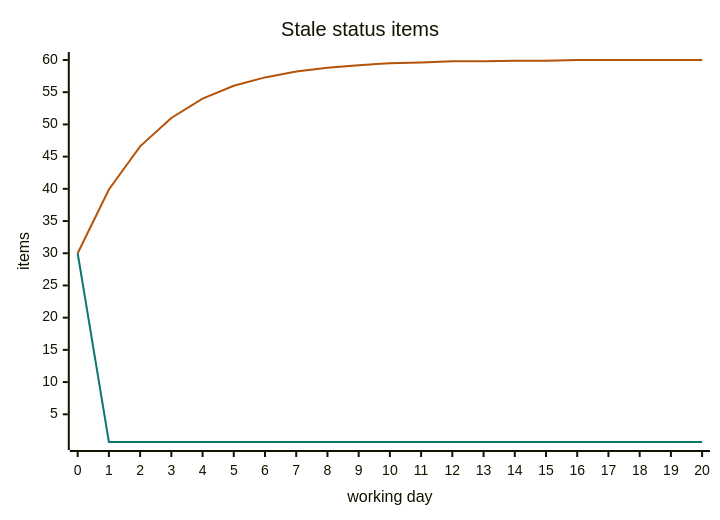
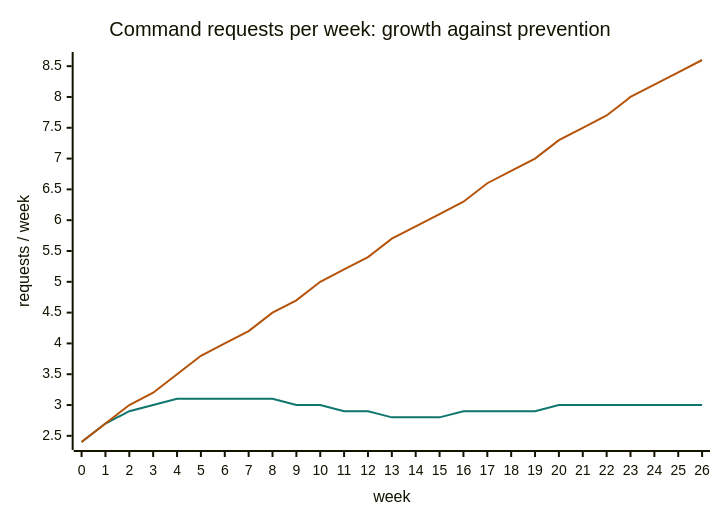
Diagram 12 of 38 in docs/user-story-diagrams.md (danroblewis/orchestra), drawn with Mermaid before and after one commit. The commit also changed other lines of this file and 30 other files, not shown here.

````diff
--- a/docs/user-story-diagrams.md
+++ b/docs/user-story-diagrams.md
@@ -373,14 +536,14 @@
 ```mermaid
 ---
 config:
   themeVariables:
     xyChart:
-      plotColorPalette: "#b45309, #0f766e"
+      plotColorPalette: "#0f766e, #b45309"
 ---
 xychart-beta
-  title "Stale status items"
-  x-axis "working day" [0, 1, 2, 3, 4, 5, 6, 7, 8, 9, 10, 11, 12, 13, 14, 15, 16, 17, 18, 19, 20]
-  y-axis "items"
-  line [30.0, 39.9, 46.6, 51.0, 54.0, 56.0, 57.3, 58.2, 58.8, 59.2, 59.5, 59.6, 59.8, 59.8, 59.9, 59.9, 60.0, 60.0, 60.0, 60.0, 60.0]
-  line [30.0, 0.7, 0.7, 0.7, 0.7, 0.7, 0.7, 0.7, 0.7, 0.7, 0.7, 0.7, 0.7, 0.7, 0.7, 0.7, 0.7, 0.7, 0.7, 0.7, 0.7]
+  title "Command requests per week: growth against prevention"
+  x-axis "week" [0, 1, 2, 3, 4, 5, 6, 7, 8, 9, 10, 11, 12, 13, 14, 15, 16, 17, 18, 19, 20, 21, 22, 23, 24, 25, 26]
+  y-axis "requests / week"
+  line [2.4, 2.7, 2.9, 3.0, 3.1, 3.1, 3.1, 3.1, 3.1, 3.0, 3.0, 2.9, 2.9, 2.8, 2.8, 2.8, 2.9, 2.9, 2.9, 2.9, 3.0, 3.0, 3.0, 3.0, 3.0, 3.0, 3.0]
+  line [2.4, 2.7, 3.0, 3.2, 3.5, 3.8, 4.0, 4.2, 4.5, 4.7, 5.0, 5.2, 5.4, 5.7, 5.9, 6.1, 6.3, 6.6, 6.8, 7.0, 7.3, 7.5, 7.7, 8.0, 8.2, 8.4, 8.6]
 ```
````
